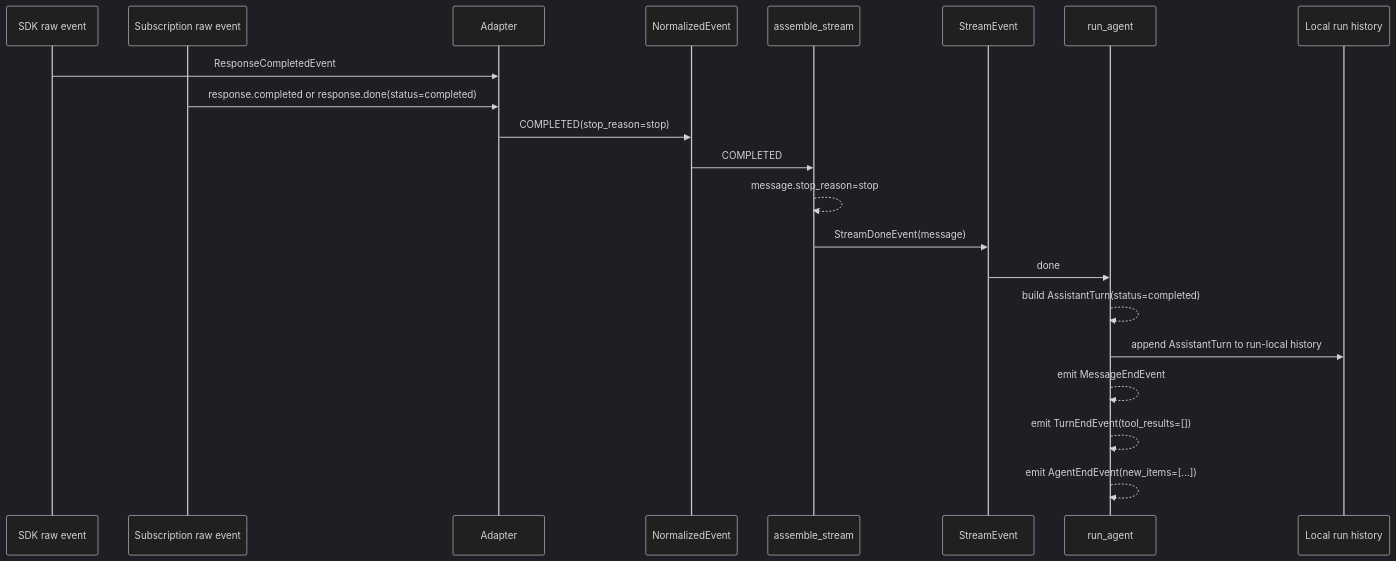
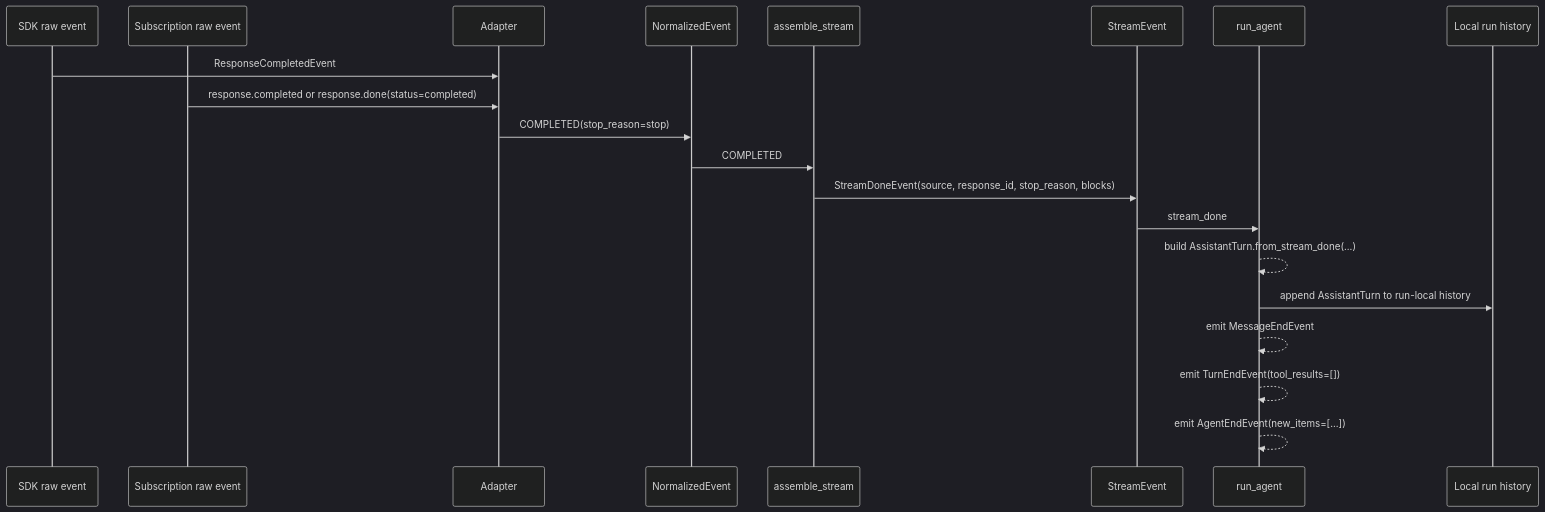
Before and after one commit to muneebshahid/tile: the sixth of 8 diagrams in docs/openai-stream-event-lifecycle.md, drawn with Mermaid (dark theme). The commit also changed other lines of this file and 19 other files, not shown here.

First line of the commit message:
[codex] Refactor agent stream event contracts (#5)

````diff
--- a/docs/openai-stream-event-lifecycle.md
+++ b/docs/openai-stream-event-lifecycle.md
@@ -223,24 +220,23 @@
 ```mermaid
 sequenceDiagram
     participant SDK as SDK raw event
     participant Sub as Subscription raw event
     participant Adapter as Adapter
     participant Norm as NormalizedEvent
     participant Asm as assemble_stream
     participant Stream as StreamEvent
     participant Agent as run_agent
     participant Hist as Local run history
 
     SDK->>Adapter: ResponseCompletedEvent
     Sub->>Adapter: response.completed or response.done(status=completed)
     Adapter->>Norm: COMPLETED(stop_reason=stop)
     Norm->>Asm: COMPLETED
-    Asm-->>Asm: message.stop_reason=stop
-    Asm->>Stream: StreamDoneEvent(message)
-    Stream->>Agent: done
-    Agent-->>Agent: build AssistantTurn(status=completed)
+    Asm->>Stream: StreamDoneEvent(source, response_id, stop_reason, blocks)
+    Stream->>Agent: stream_done
+    Agent-->>Agent: build AssistantTurn.from_stream_done(...)
     Agent->>Hist: append AssistantTurn to run-local history
     Agent-->>Agent: emit MessageEndEvent
     Agent-->>Agent: emit TurnEndEvent(tool_results=[])
     Agent-->>Agent: emit AgentEndEvent(new_items=[...])
 ```
````
